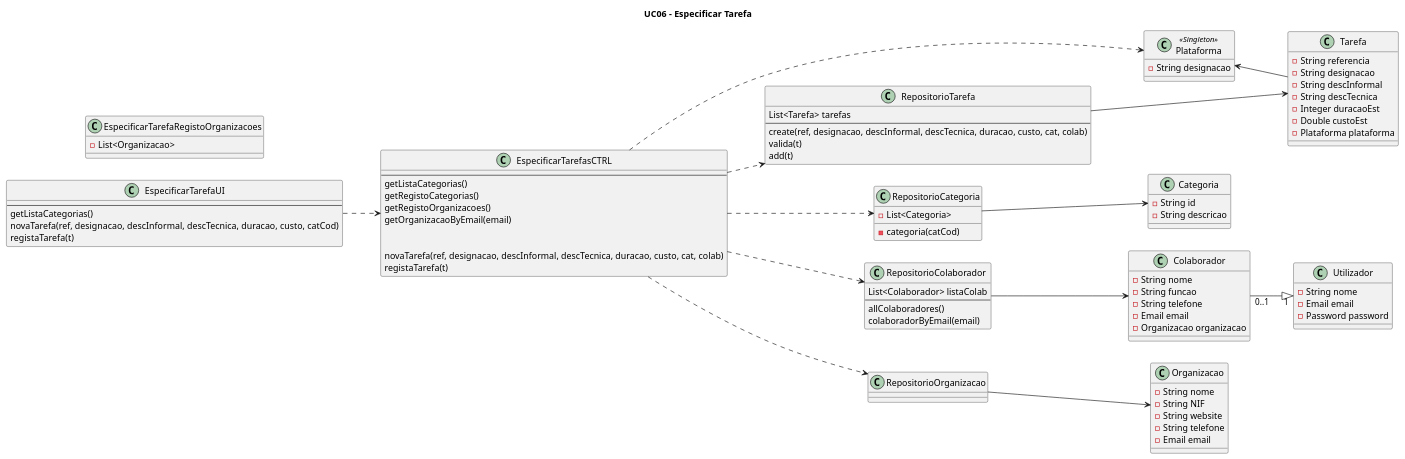
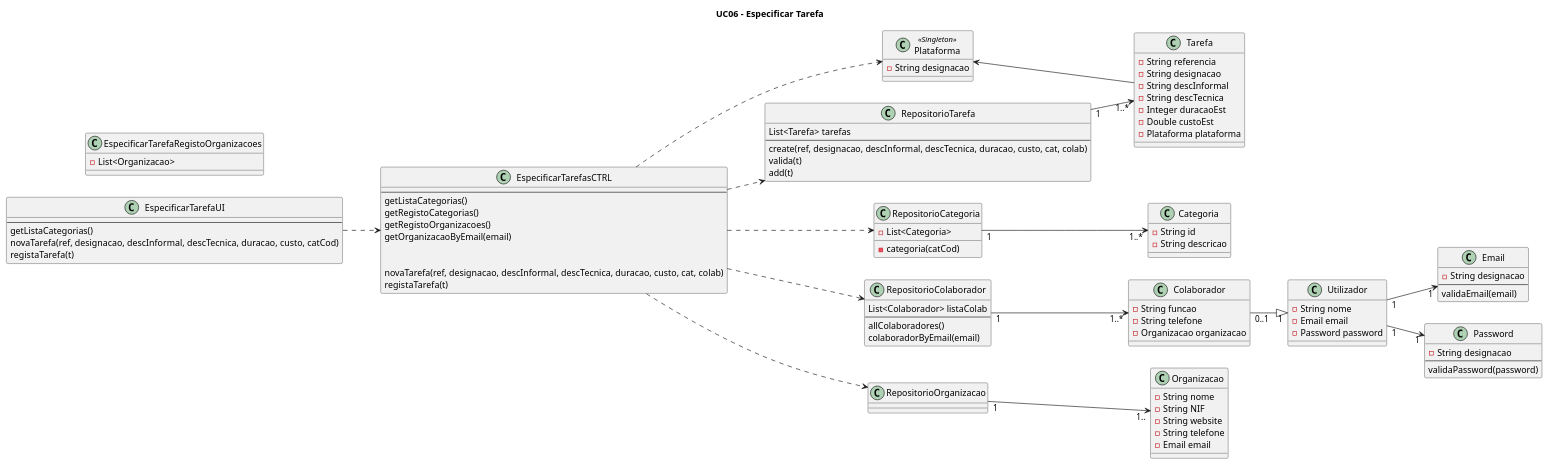
One commit to blestonbandeiraUPSKILL/upskill_java1_labprg_grupo2 changed the diagram in Sprint 2/UC06_Especificar_Tarefa/UC06_Especificar_Tarefa_Diagrama_Classes.puml. Above: the diagram before and after it, drawn with PlantUML. The commit also changed 3 other files, not shown here.

```diff
--- a/Sprint 2/UC06_Especificar_Tarefa/UC06_Especificar_Tarefa_Diagrama_Classes.puml
+++ b/Sprint 2/UC06_Especificar_Tarefa/UC06_Especificar_Tarefa_Diagrama_Classes.puml
@@ -1,103 +1,115 @@
 @startuml
 
 title UC06 - Especificar Tarefa
 left to right direction
 
 class Plataforma <<Singleton>> {
     -String designacao
 }
 
 class EspecificarTarefaUI {
     --
     getListaCategorias()
     novaTarefa(ref, designacao, descInformal, descTecnica, duracao, custo, catCod)
     registaTarefa(t)
 }
 
 class EspecificarTarefasCTRL {
     --
     getListaCategorias()
     getRegistoCategorias()
     getRegistoOrganizacoes()
     getOrganizacaoByEmail(email)
     
 
     novaTarefa(ref, designacao, descInformal, descTecnica, duracao, custo, cat, colab)
     registaTarefa(t)
 }
 
 class RepositorioTarefa {
     List<Tarefa> tarefas
     --
     create(ref, designacao, descInformal, descTecnica, duracao, custo, cat, colab)
     valida(t)
     add(t)
 }
 
 class RepositorioCategoria {
     -List<Categoria>
     -categoria(catCod)
 }
 
 class EspecificarTarefaRegistoOrganizacoes {
     -List<Organizacao>
 }
 
 class RepositorioColaborador {
     List<Colaborador> listaColab
     --
     allColaboradores()
     colaboradorByEmail(email)
 }
 
 class Organizacao {
     -String nome
     -String NIF
     -String website
     -String telefone
     -Email email
 }
 
 class Colaborador {
-    -String nome
     -String funcao
     -String telefone
-    -Email email
     -Organizacao organizacao
 }
 
 class Tarefa {
     -String referencia
     -String designacao
     -String descInformal
     -String descTecnica
     -Integer duracaoEst
     -Double custoEst
     -Plataforma plataforma
 }
 
 class Utilizador {
     -String nome
     -Email email
     -Password password
 }
 
 class Categoria {
     -String id
     -String descricao
 }
 
+class Email {
+    -String designacao
+    --
+    validaEmail(email)
+}
+
+class Password {
+    -String designacao
+    --
+    validaPassword(password)
+}
+
 Colaborador"0..1" --|> "1"Utilizador
 EspecificarTarefaUI ..> EspecificarTarefasCTRL
 EspecificarTarefasCTRL ..> Plataforma
 EspecificarTarefasCTRL ..> RepositorioCategoria
 EspecificarTarefasCTRL ..> RepositorioTarefa
 EspecificarTarefasCTRL ..> RepositorioOrganizacao
-RepositorioOrganizacao --> Organizacao
+RepositorioOrganizacao"1" --> "1.."Organizacao
 EspecificarTarefasCTRL ..> RepositorioColaborador
-RepositorioColaborador --> Colaborador
-RepositorioTarefa ---> Tarefa
-RepositorioCategoria --> Categoria
+RepositorioColaborador"1" --> "1..*"Colaborador
+RepositorioTarefa"1" --> "1..*"Tarefa
+RepositorioCategoria"1" --> "1..*"Categoria
 Plataforma <-- Tarefa
+Utilizador"1" --> "1"Email
+Utilizador"1" --> "1"Password
 
 @enduml
```
